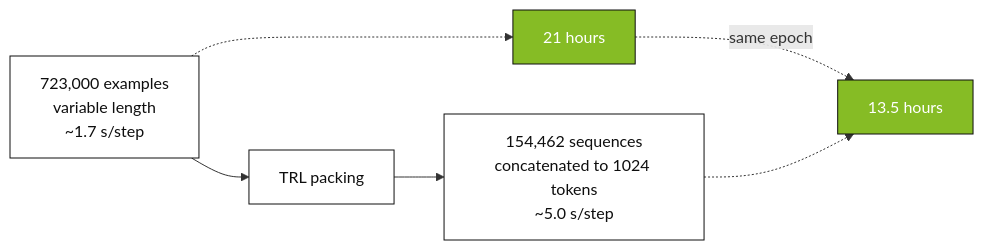
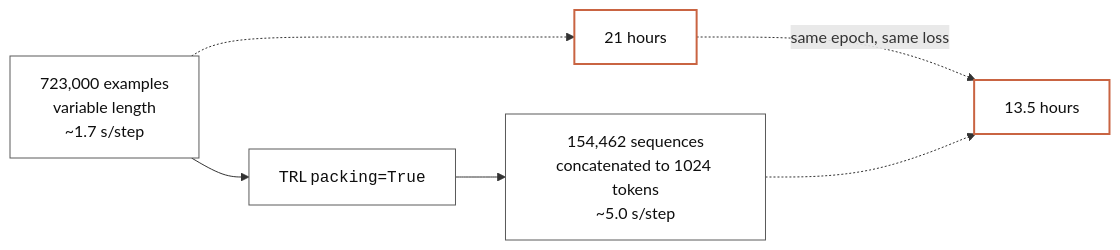
Before and after one commit to DanielRegaladoUMiami/sql-agent-llmops: the fourth of 6 diagrams in presentation/slides.md, drawn with Mermaid. The commit also changed other lines of this file, not shown here.

Commit message:
Update slides: project amber accent (#C96442) instead of Deloitte green; add clickable links throughout

````diff
--- a/presentation/slides.md
+++ b/presentation/slides.md
@@ -557,13 +506,14 @@
 ```mermaid
 flowchart LR
-  A["723,000 examples<br/>variable length<br/>~1.7 s/step"] --> B[TRL packing]
+  A["723,000 examples<br/>variable length<br/>~1.7 s/step"] --> B["TRL <code>packing=True</code>"]
   B --> C["154,462 sequences<br/>concatenated to 1024 tokens<br/>~5.0 s/step"]
-  D["21 hours"] -.->|same epoch| E["13.5 hours"]
+
+  D["21 hours"] -.->|same epoch, same loss| E["13.5 hours"]
   A -.-> D
   C -.-> E
 
-  classDef node fill:#FFFFFF,stroke:#0E0E0E,color:#0E0E0E
-  classDef accent fill:#86BC25,stroke:#0E0E0E,color:#FFFFFF
+  classDef node fill:#FFFFFF,stroke:#5A5A5A,color:#0E0E0E
+  classDef accent fill:#FFFFFF,stroke:#C96442,color:#0E0E0E,stroke-width:2px
   class A,C node
   class D,E accent
 ```
````
